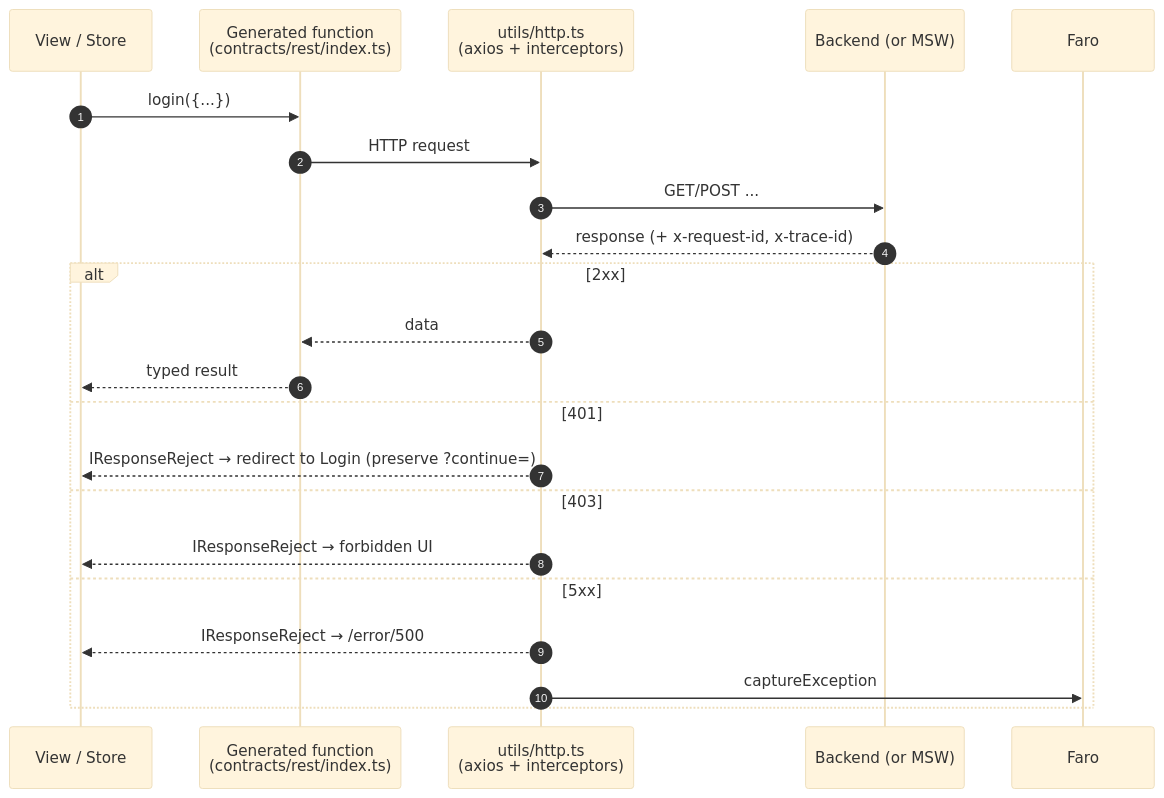
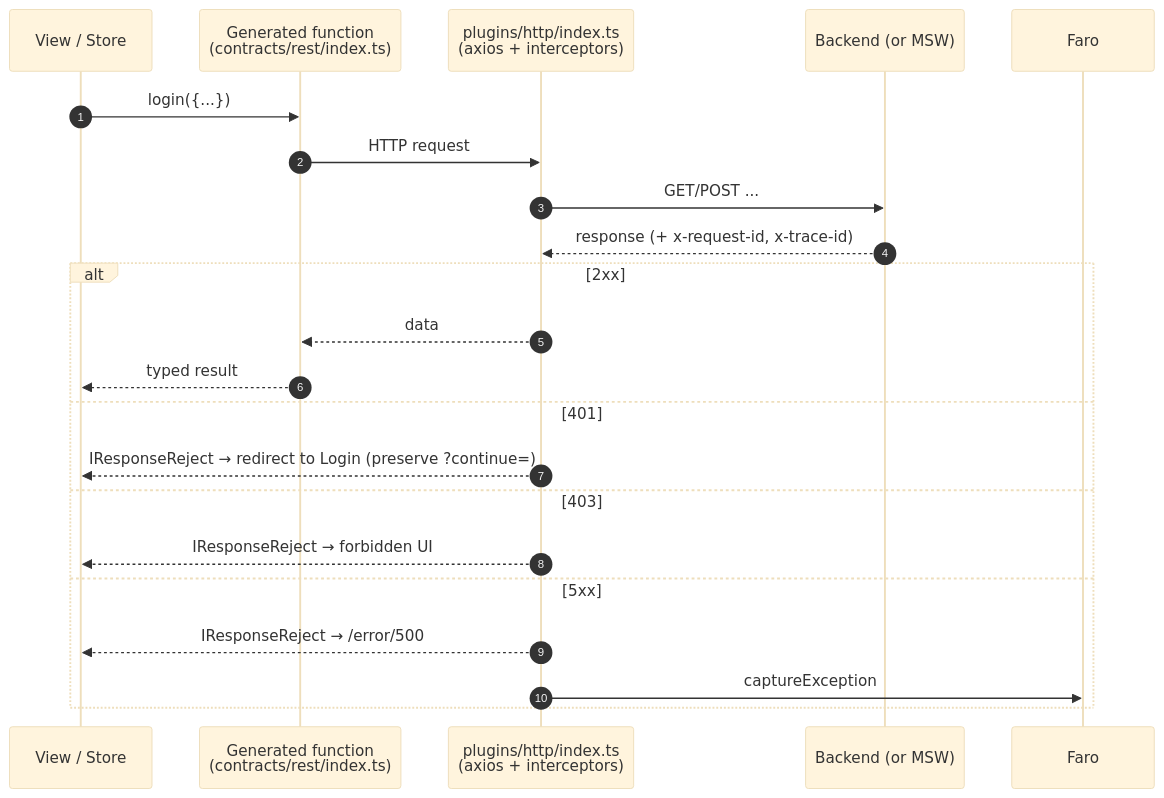
One commit to Guebbit/boilerplate-vue-frontend changed the fourth of 6 diagrams in README.md. Above: the diagram before and after it, drawn with Mermaid (base theme). The commit also changed other lines of this file and 148 other files, not shown here.

````diff
--- a/README.md
+++ b/README.md
@@ -374,23 +373,23 @@
 ```mermaid
 sequenceDiagram
     autonumber
     participant V as View / Store
     participant S as Generated function<br/>(contracts/rest/index.ts)
-    participant H as utils/http.ts<br/>(axios + interceptors)
+    participant H as plugins/http/index.ts<br/>(axios + interceptors)
     participant B as Backend (or MSW)
     V->>S: login({...})
     S->>H: HTTP request
     H->>B: GET/POST ...
     B-->>H: response (+ x-request-id, x-trace-id)
     alt 2xx
         H-->>S: data
         S-->>V: typed result
     else 401
         H-->>V: IResponseReject → redirect to Login (preserve ?continue=)
     else 403
         H-->>V: IResponseReject → forbidden UI
     else 5xx
         H-->>V: IResponseReject → /error/500
         H->>Faro: captureException
     end
 ```
````
